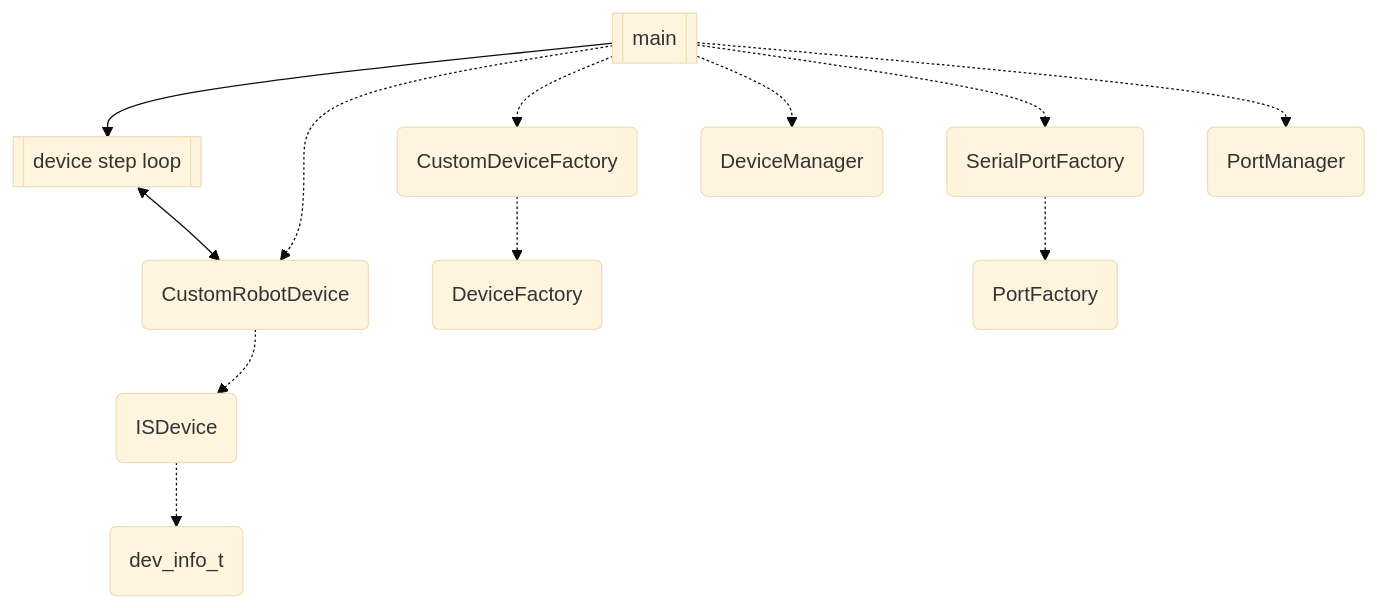
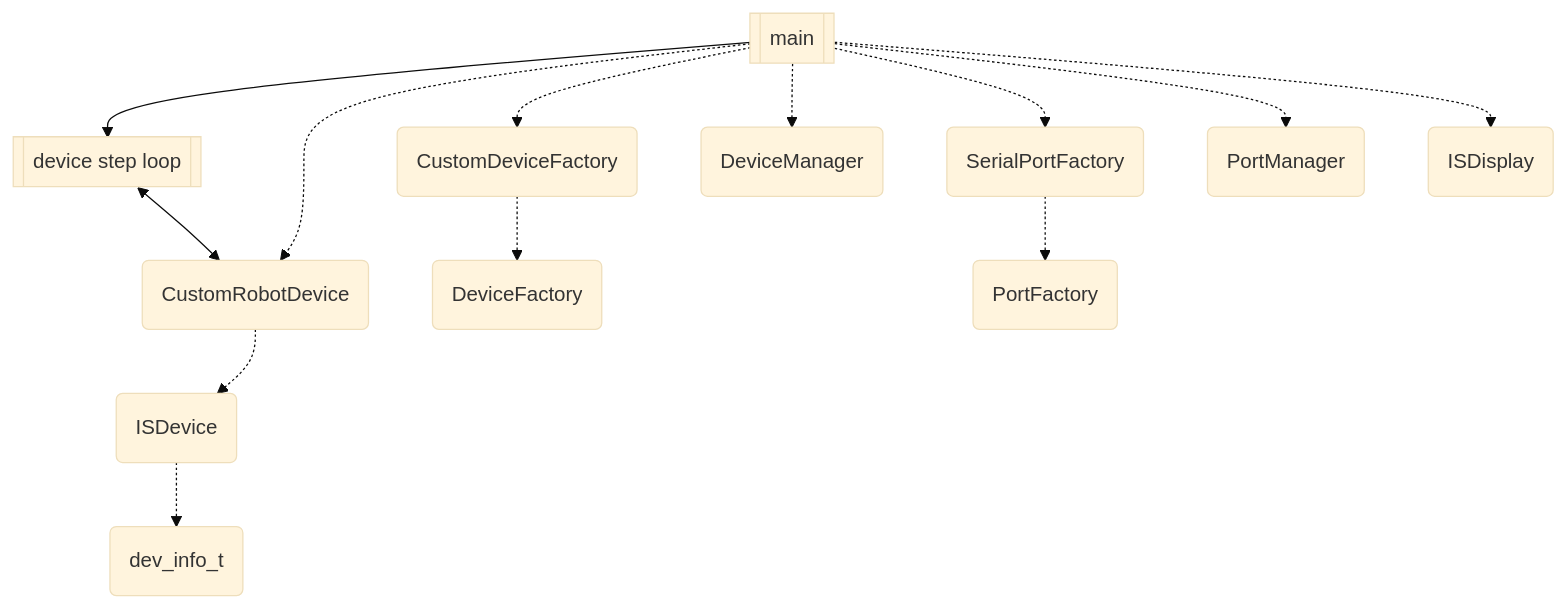
The first of 2 diagrams in ExampleProjects/CustomRobotDevice/README.md (inertialsense/inertial-sense-sdk), drawn with Mermaid (base theme) before and after one commit. The commit also changed other lines of this file and 4 other files, not shown here.

````diff
--- a/ExampleProjects/CustomRobotDevice/README.md
+++ b/ExampleProjects/CustomRobotDevice/README.md
@@ -18,16 +18,17 @@
 ```mermaid
 graph TD
    A[[main]] --> B[[device step loop]]
    A -.-> C(CustomRobotDevice)
    A -.-> D(CustomDeviceFactory)
    A -.-> E(DeviceManager)     
    A -.-> F(SerialPortFactory)
    A -.-> G(PortManager)
+   A -.-> L(ISDisplay)
    C -.-> H(ISDevice)
    D -.-> I(DeviceFactory)
    F -.-> J(PortFactory)
    H -.-> K(dev_info_t)
    B ~~~ H
    B <--> C
    %%comment
 ```
````
